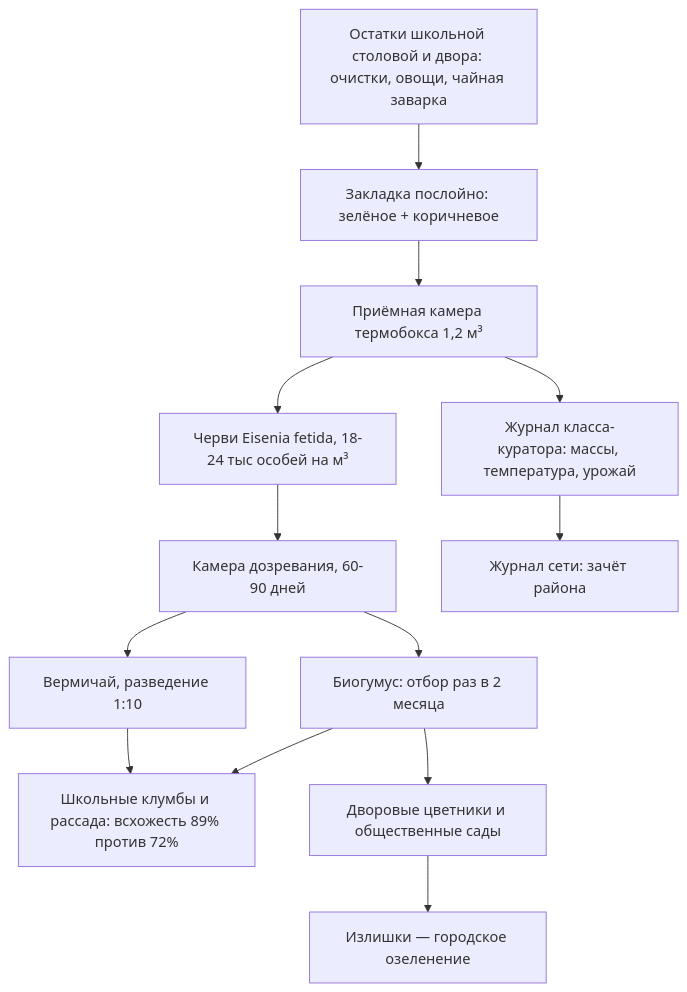
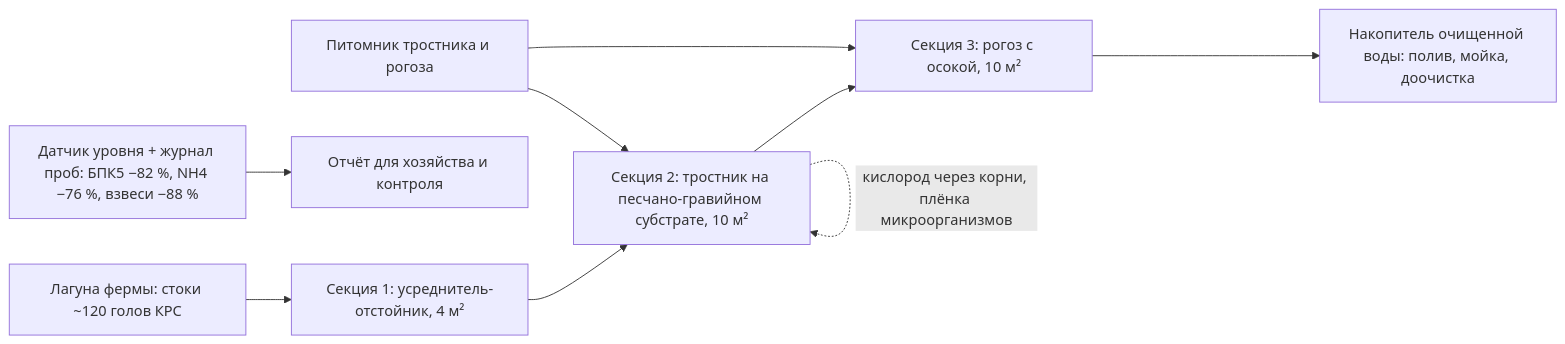
The diagram in drug_ilya_novikova/02_agro_biotech/images/zhivaya_cycle.mmd (Igorr112323/-IQYOGOD), drawn with Mermaid before and after one commit. The commit also changed 33 other files, not shown here.

```diff
--- a/drug_ilya_novikova/02_agro_biotech/images/zhivaya_cycle.mmd
+++ b/drug_ilya_novikova/02_agro_biotech/images/zhivaya_cycle.mmd
@@ -1,14 +1,10 @@
-%% ЖИВАЯ ЗЕМЛЯ: круговорот модуля в школе
-flowchart TD
-    A[Остатки школьной столовой и двора: очистки, овощи, чайная заварка] --> B[Закладка послойно: зелёное + коричневое]
-    B --> C[Приёмная камера термобокса 1,2 м³]
-    C --> D[Черви Eisenia fetida, 18-24 тыс особей на м³]
-    D --> E[Камера дозревания, 60-90 дней]
-    E --> F[Биогумус: отбор раз в 2 месяца]
-    E --> G[Вермичай, разведение 1:10]
-    F --> H[Школьные клумбы и рассада: всхожесть 89% против 72%]
-    F --> I[Дворовые цветники и общественные сады]
-    G --> H
-    I --> J[Излишки — городское озеленение]
-    K[Журнал класса-куратора: массы, температура, урожай] --> S[Журнал сети: зачёт района]
-    C --> K
+%% БИОФИЛЬТР-СТОК: каскад секций биофильтра фермы
+flowchart LR
+    L[Лагуна фермы: стоки ~120 голов КРС] --> U[Секция 1: усреднитель-отстойник, 4 м²]
+    U --> T[Секция 2: тростник на песчано-гравийном субстрате, 10 м²]
+    T --> R[Секция 3: рогоз с осокой, 10 м²]
+    R --> N[Накопитель очищенной воды: полив, мойка, доочистка]
+    T -.кислород через корни, плёнка микроорганизмов.-> T
+    S[Датчик уровня + журнал проб: БПК5 −82 %, NH4 −76 %, взвеси −88 %] --> O[Отчёт для хозяйства и контроля]
+    P[Питомник тростника и рогоза] --> T
+    P --> R
```
